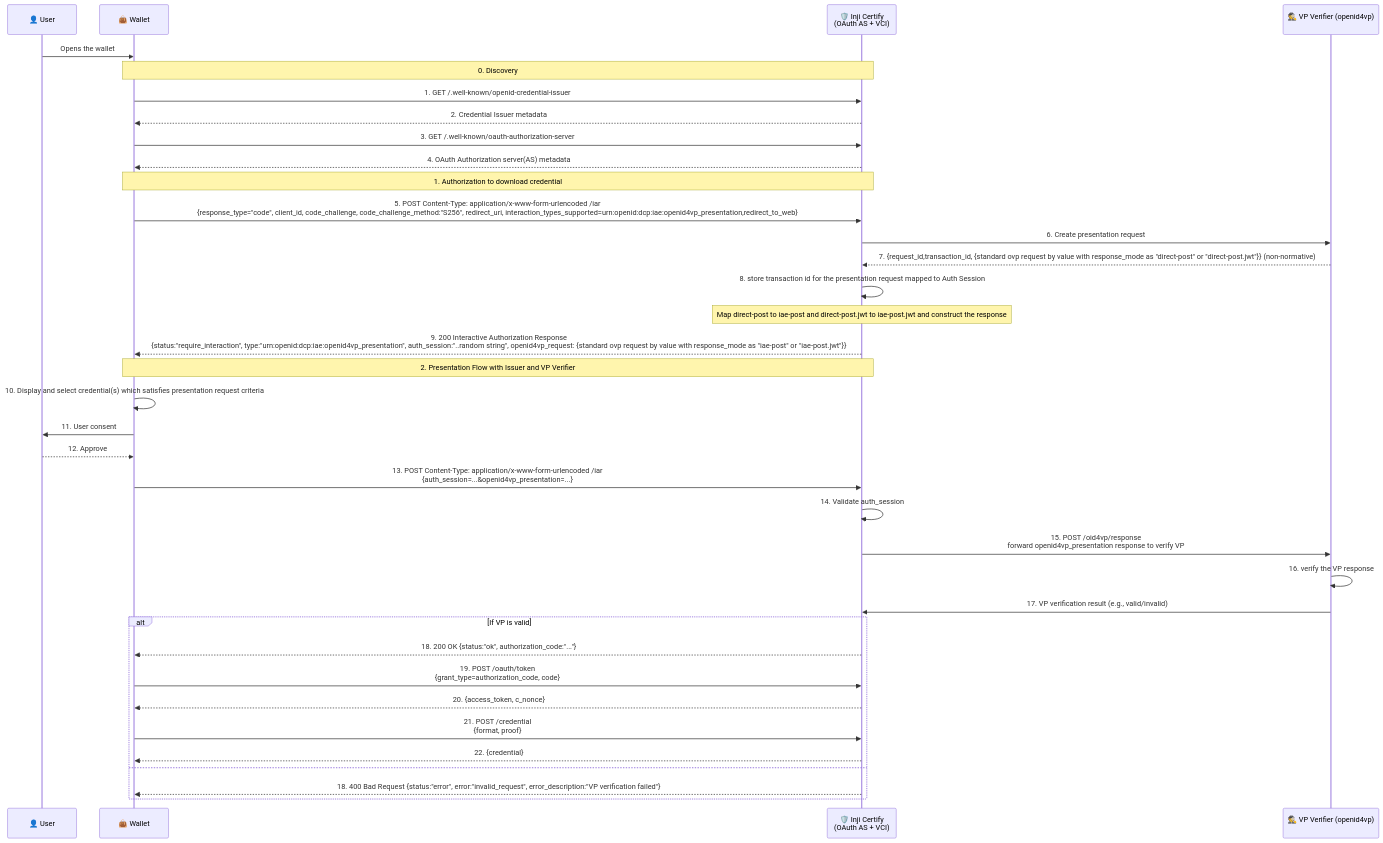
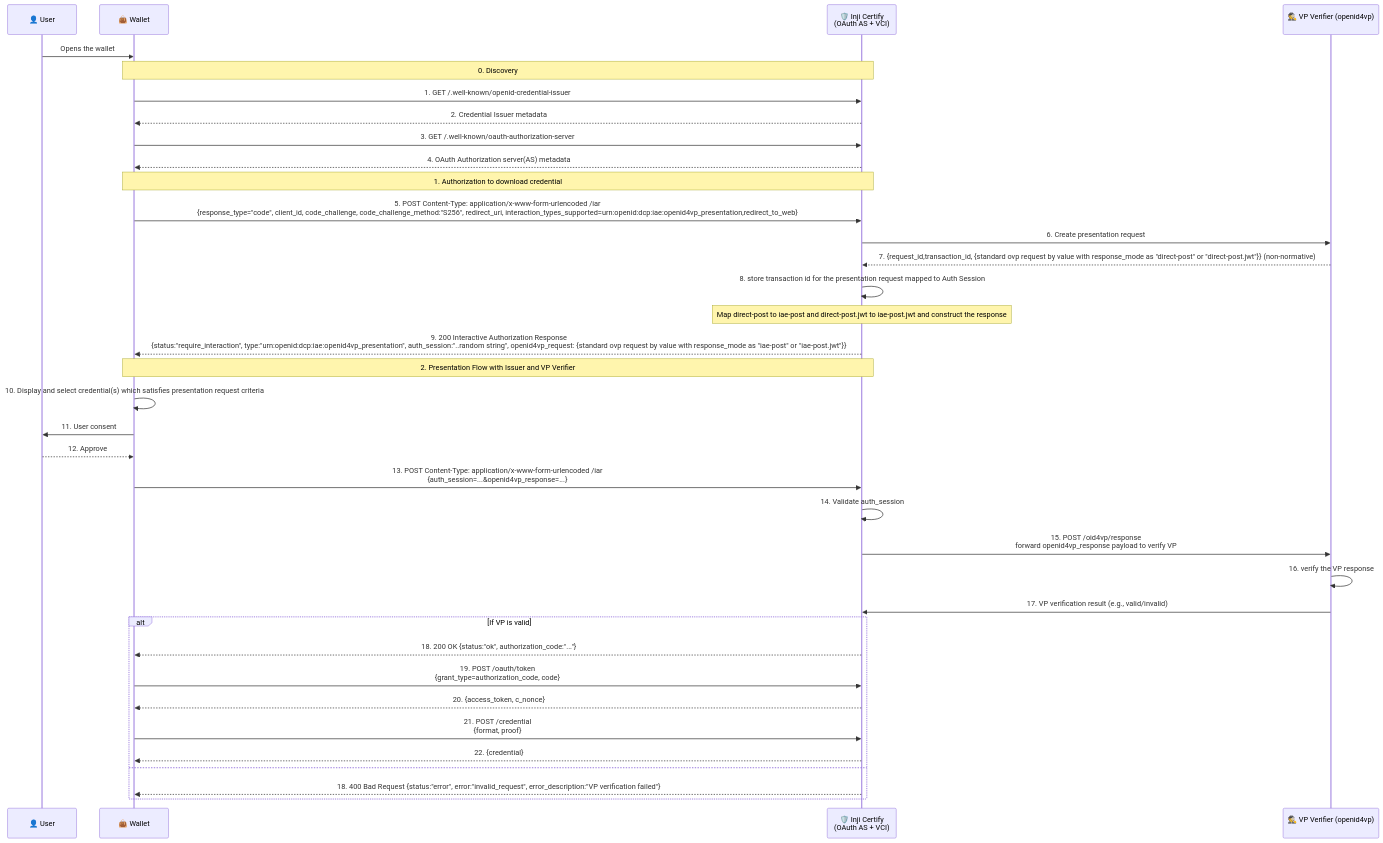
Before and after one commit to inji/inji-certify: the diagram in docs/Presentation-During-Issuance.md, drawn with Mermaid. The commit also changed other lines of this file and 2 other files, not shown here.

````diff
--- a/docs/Presentation-During-Issuance.md
+++ b/docs/Presentation-During-Issuance.md
@@ -33,43 +33,43 @@
 ```mermaid
 sequenceDiagram
     participant U as 👤 User
     participant W as 👜 Wallet
     participant IC as 🛡️ Inji Certify<br/>(OAuth AS + VCI)
     participant IVP as 🕵️ VP Verifier (openid4vp)<br/>
 
     U->>W: Opens the wallet
     Note over W,IC: 0. Discovery
     W->>IC: 1. GET /.well-known/openid-credential-issuer
     IC-->>W: 2. Credential Issuer metadata
     W->>IC: 3. GET /.well-known/oauth-authorization-server
     IC-->>W: 4. OAuth Authorization server(AS) metadata 
     
     Note over W,IC: 1. Authorization to download credential
     W->>IC: 5. POST Content-Type: application/x-www-form-urlencoded /iar<br/>{response_type="code", client_id, code_challenge, code_challenge_method:"S256", redirect_uri, interaction_types_supported=urn:openid:dcp:iae:openid4vp_presentation,redirect_to_web}
     IC->>IVP: 6. Create presentation request
     IVP-->>IC: 7. {request_id,transaction_id, {standard ovp request by value with response_mode as "direct-post" or "direct-post.jwt"}} (non-normative)
     IC->>IC: 8. store transaction id for the presentation request mapped to Auth Session
     Note over IC: Map direct-post to iae-post and direct-post.jwt to iae-post.jwt and construct the response
     IC-->>W: 9. 200 Interactive Authorization Response<br/>{status:"require_interaction", type:"urn:openid:dcp:iae:openid4vp_presentation", auth_session:"..random string", openid4vp_request: {standard ovp request by value with response_mode as "iae-post" or "iae-post.jwt"}}
     
     Note over W,IC: 2. Presentation Flow with Issuer and VP Verifier
     W->>W: 10. Display and select credential(s) which satisfies presentation request criteria
     W->>U: 11. User consent
     U-->>W: 12. Approve
-    W->>IC: 13. POST Content-Type: application/x-www-form-urlencoded /iar<br/>{auth_session=...&openid4vp_presentation=...}
+    W->>IC: 13. POST Content-Type: application/x-www-form-urlencoded /iar<br/>{auth_session=...&openid4vp_response=...}
     IC->>IC: 14. Validate auth_session
-    IC->>IVP: 15. POST /oid4vp/response<br/>forward openid4vp_presentation response to verify VP
+    IC->>IVP: 15. POST /oid4vp/response<br/>forward openid4vp_response payload to verify VP
     IVP->>IVP: 16. verify the VP response
     IVP->>IC: 17. VP verification result (e.g., valid/invalid)
     
     alt If VP is valid 
             IC-->>W: 18. 200 OK {status:"ok", authorization_code:"..."}
             W->>IC: 19. POST /oauth/token<br/>{grant_type=authorization_code, code}
             IC-->>W: 20. {access_token, c_nonce}
             W->>IC: 21. POST /credential<br/>{format, proof}
             IC-->>W: 22. {credential}
     else
             IC-->>W: 18. 400 Bad Request {status:"error", error:"invalid_request", error_description:"VP verification failed"}
     end
     
 ```
````
